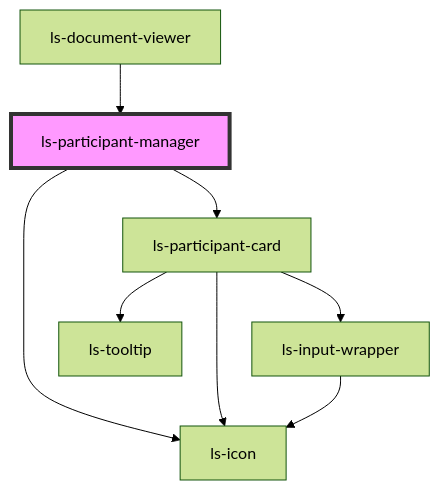
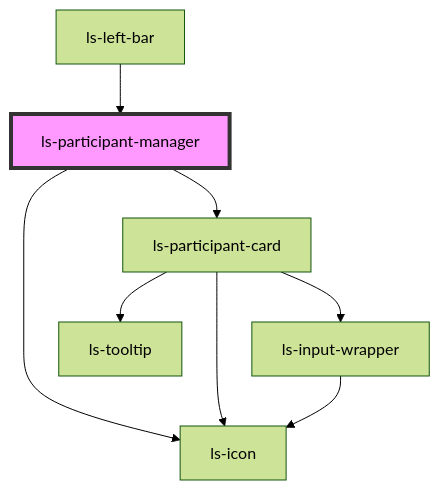
One commit to legalesign/ls-document-viewer changed the diagram in src/components/ls-participant-manager/readme.md. Above: the diagram before and after it, drawn with Mermaid (forest theme). The commit also changed other lines of this file and 19 other files, not shown here.

````diff
--- a/src/components/ls-participant-manager/readme.md
+++ b/src/components/ls-participant-manager/readme.md
@@ -37,11 +37,11 @@
 ```mermaid
 graph TD;
   ls-participant-manager --> ls-participant-card
   ls-participant-manager --> ls-icon
   ls-participant-card --> ls-icon
   ls-participant-card --> ls-input-wrapper
   ls-participant-card --> ls-tooltip
   ls-input-wrapper --> ls-icon
-  ls-document-viewer --> ls-participant-manager
+  ls-left-bar --> ls-participant-manager
   style ls-participant-manager fill:#f9f,stroke:#333,stroke-width:4px
 ```
````
